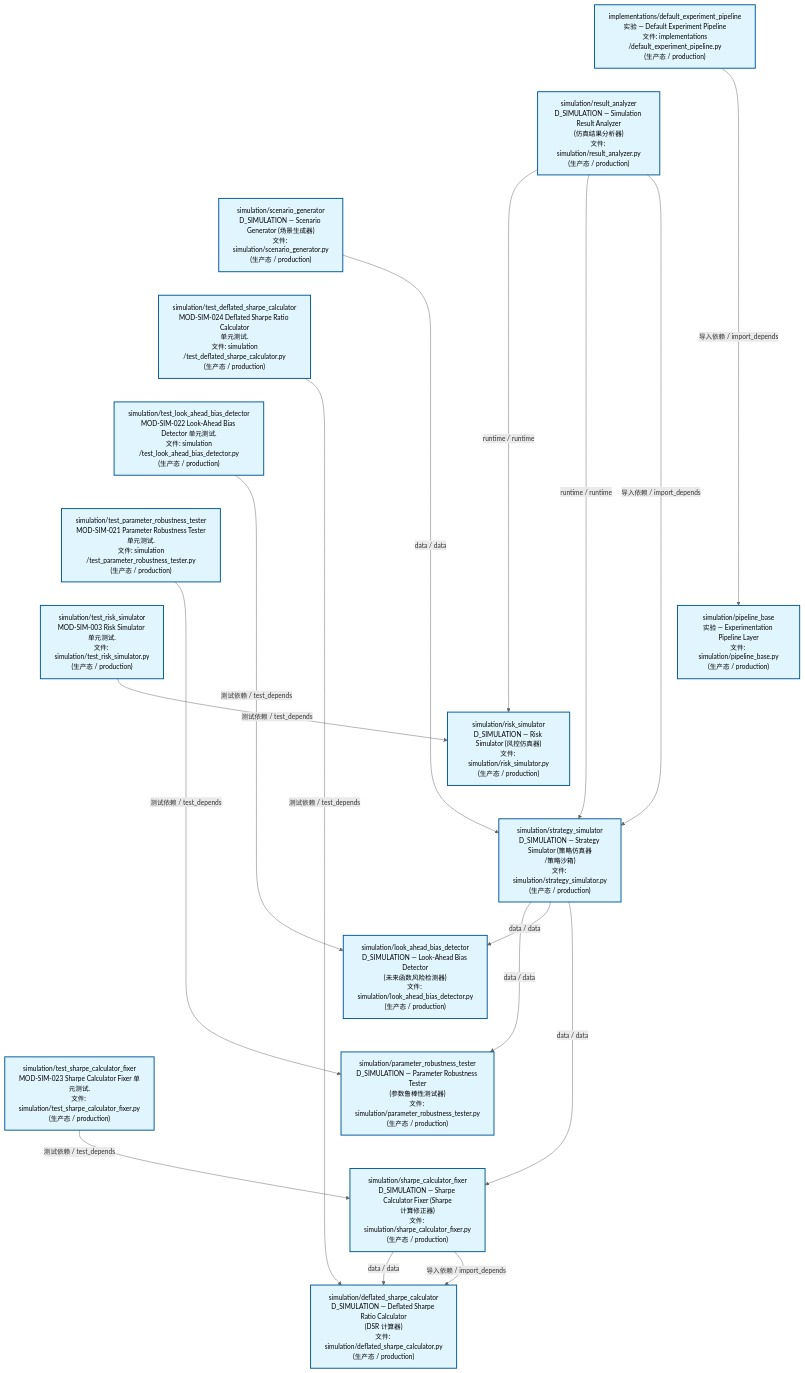
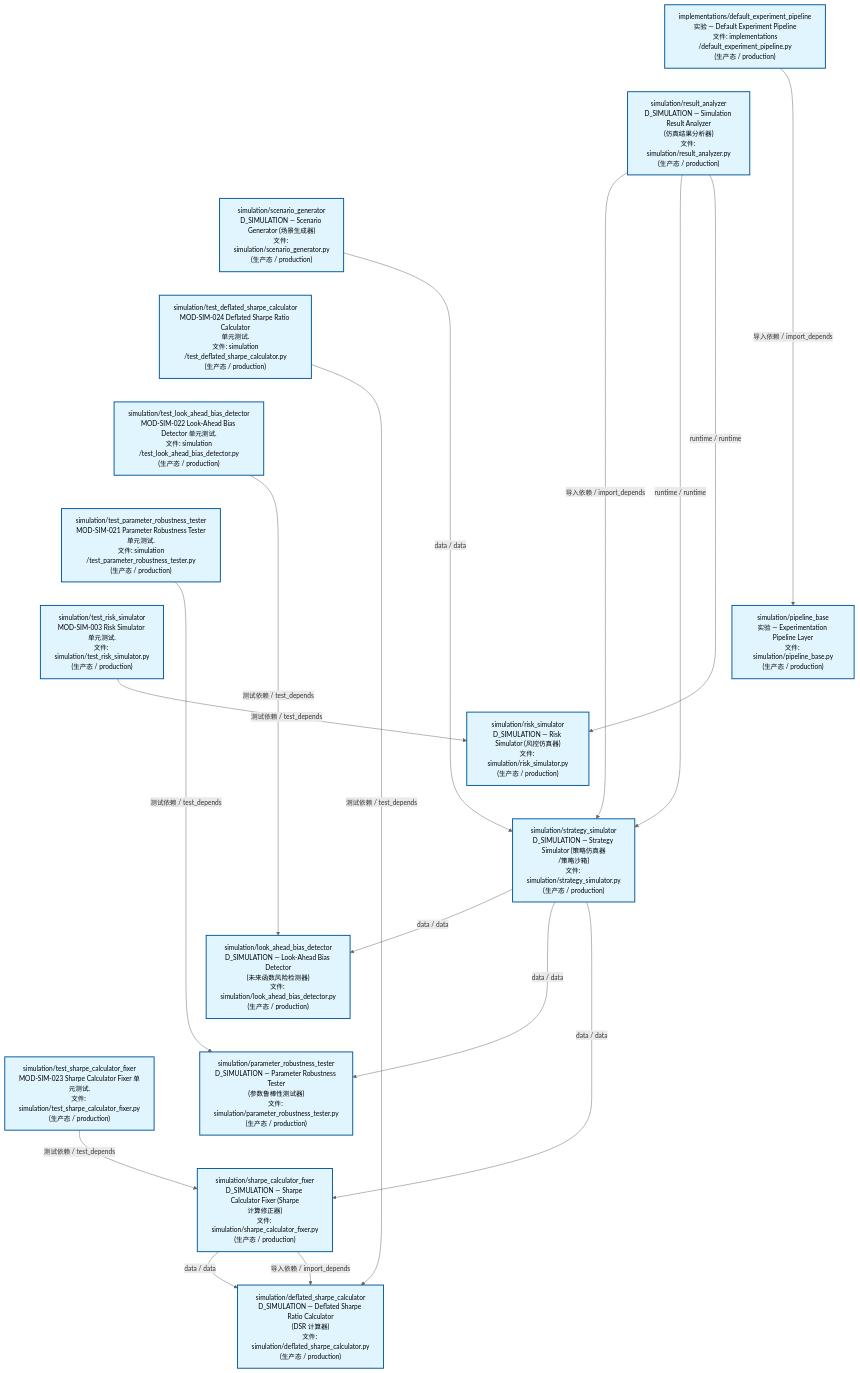
One commit to xuanFelixVan/ZephyrAlpha changed the second of 3 diagrams in docs/02_enterprise_architecture/02_domain_architecture_docs/70_d_simulation.md. Above: the diagram before and after it, drawn with Mermaid. The commit also changed other lines of this file and 50 other files, not shown here.

````diff
--- a/docs/02_enterprise_architecture/02_domain_architecture_docs/70_d_simulation.md
+++ b/docs/02_enterprise_architecture/02_domain_architecture_docs/70_d_simulation.md
@@ -123,50 +123,50 @@
 ```mermaid
 %%{init: {'theme': 'base', 'themeVariables': {'primaryColor': '#eaeaea', 'primaryTextColor': '#333333', 'primaryBorderColor': '#666666', 'lineColor': '#666666', 'secondaryColor': '#eaeaea', 'tertiaryColor': '#eaeaea', 'fontSize': '14px'}}}%%
 flowchart TD
     src_zephyr_simulation_implementations_default_experiment_pipeline_py["implementations/default_experiment_pipeline<br/>实验 — Default Experiment Pipeline<br/>文件: implementations<br/>/default_experiment_pipeline.py<br/>(生产态 / production)"]
     src_zephyr_simulation_result_analyzer_py["simulation/result_analyzer<br/>D_SIMULATION — Simulation Result Analyzer<br/>(仿真结果分析器)<br/>文件: simulation/result_analyzer.py<br/>(生产态 / production)"]
     src_zephyr_simulation_scenario_generator_py["simulation/scenario_generator<br/>D_SIMULATION — Scenario Generator (场景生成器)<br/>文件: simulation/scenario_generator.py<br/>(生产态 / production)"]
     tests_simulation_test_deflated_sharpe_calculator_py["simulation/test_deflated_sharpe_calculator<br/>MOD-SIM-024 Deflated Sharpe Ratio Calculator<br/>单元测试.<br/>文件: simulation<br/>/test_deflated_sharpe_calculator.py<br/>(生产态 / production)"]
     tests_simulation_test_look_ahead_bias_detector_py["simulation/test_look_ahead_bias_detector<br/>MOD-SIM-022 Look-Ahead Bias Detector 单元测试.<br/>文件: simulation<br/>/test_look_ahead_bias_detector.py<br/>(生产态 / production)"]
     tests_simulation_test_parameter_robustness_tester_py["simulation/test_parameter_robustness_tester<br/>MOD-SIM-021 Parameter Robustness Tester<br/>单元测试.<br/>文件: simulation<br/>/test_parameter_robustness_tester.py<br/>(生产态 / production)"]
     tests_simulation_test_risk_simulator_py["simulation/test_risk_simulator<br/>MOD-SIM-003 Risk Simulator 单元测试.<br/>文件: simulation/test_risk_simulator.py<br/>(生产态 / production)"]
     tests_simulation_test_sharpe_calculator_fixer_py["simulation/test_sharpe_calculator_fixer<br/>MOD-SIM-023 Sharpe Calculator Fixer 单元测试.<br/>文件: simulation/test_sharpe_calculator_fixer.py<br/>(生产态 / production)"]
     src_zephyr_simulation_implementations_default_experiment_pipeline_py ~~~ src_zephyr_simulation_result_analyzer_py
     src_zephyr_simulation_result_analyzer_py ~~~ src_zephyr_simulation_scenario_generator_py
     src_zephyr_simulation_scenario_generator_py ~~~ tests_simulation_test_deflated_sharpe_calculator_py
     tests_simulation_test_deflated_sharpe_calculator_py ~~~ tests_simulation_test_look_ahead_bias_detector_py
     tests_simulation_test_look_ahead_bias_detector_py ~~~ tests_simulation_test_parameter_robustness_tester_py
     tests_simulation_test_parameter_robustness_tester_py ~~~ tests_simulation_test_risk_simulator_py
     tests_simulation_test_risk_simulator_py ~~~ tests_simulation_test_sharpe_calculator_fixer_py
     src_zephyr_simulation_pipeline_base_py["simulation/pipeline_base<br/>实验 — Experimentation Pipeline Layer<br/>文件: simulation/pipeline_base.py<br/>(生产态 / production)"]
     src_zephyr_simulation_risk_simulator_py["simulation/risk_simulator<br/>D_SIMULATION — Risk Simulator (风控仿真器)<br/>文件: simulation/risk_simulator.py<br/>(生产态 / production)"]
     src_zephyr_simulation_strategy_simulator_py["simulation/strategy_simulator<br/>D_SIMULATION — Strategy Simulator (策略仿真器<br/>/策略沙箱)<br/>文件: simulation/strategy_simulator.py<br/>(生产态 / production)"]
     src_zephyr_simulation_pipeline_base_py ~~~ src_zephyr_simulation_risk_simulator_py
     src_zephyr_simulation_risk_simulator_py ~~~ src_zephyr_simulation_strategy_simulator_py
     src_zephyr_simulation_look_ahead_bias_detector_py["simulation/look_ahead_bias_detector<br/>D_SIMULATION — Look-Ahead Bias Detector<br/>(未来函数风险检测器)<br/>文件: simulation/look_ahead_bias_detector.py<br/>(生产态 / production)"]
     src_zephyr_simulation_parameter_robustness_tester_py["simulation/parameter_robustness_tester<br/>D_SIMULATION — Parameter Robustness Tester<br/>(参数鲁棒性测试器)<br/>文件: simulation/parameter_robustness_tester.py<br/>(生产态 / production)"]
     src_zephyr_simulation_sharpe_calculator_fixer_py["simulation/sharpe_calculator_fixer<br/>D_SIMULATION — Sharpe Calculator Fixer (Sharpe<br/>计算修正器)<br/>文件: simulation/sharpe_calculator_fixer.py<br/>(生产态 / production)"]
     src_zephyr_simulation_look_ahead_bias_detector_py ~~~ src_zephyr_simulation_parameter_robustness_tester_py
     src_zephyr_simulation_parameter_robustness_tester_py ~~~ src_zephyr_simulation_sharpe_calculator_fixer_py
     src_zephyr_simulation_deflated_sharpe_calculator_py["simulation/deflated_sharpe_calculator<br/>D_SIMULATION — Deflated Sharpe Ratio Calculator<br/>(DSR 计算器)<br/>文件: simulation/deflated_sharpe_calculator.py<br/>(生产态 / production)"]
+    src_zephyr_simulation_result_analyzer_py -->|导入依赖 / import_depends| src_zephyr_simulation_strategy_simulator_py
+    src_zephyr_simulation_result_analyzer_py -->|runtime / runtime| src_zephyr_simulation_strategy_simulator_py
     src_zephyr_simulation_result_analyzer_py -->|runtime / runtime| src_zephyr_simulation_risk_simulator_py
-    src_zephyr_simulation_result_analyzer_py -->|runtime / runtime| src_zephyr_simulation_strategy_simulator_py
-    src_zephyr_simulation_result_analyzer_py -->|导入依赖 / import_depends| src_zephyr_simulation_strategy_simulator_py
+    src_zephyr_simulation_strategy_simulator_py -->|data / data| src_zephyr_simulation_look_ahead_bias_detector_py
+    src_zephyr_simulation_strategy_simulator_py -->|data / data| src_zephyr_simulation_parameter_robustness_tester_py
+    src_zephyr_simulation_strategy_simulator_py -->|data / data| src_zephyr_simulation_sharpe_calculator_fixer_py
     src_zephyr_simulation_scenario_generator_py -->|data / data| src_zephyr_simulation_strategy_simulator_py
-    src_zephyr_simulation_strategy_simulator_py -->|data / data| src_zephyr_simulation_parameter_robustness_tester_py
-    src_zephyr_simulation_strategy_simulator_py -->|data / data| src_zephyr_simulation_look_ahead_bias_detector_py
-    src_zephyr_simulation_strategy_simulator_py -->|data / data| src_zephyr_simulation_sharpe_calculator_fixer_py
     src_zephyr_simulation_sharpe_calculator_fixer_py -->|data / data| src_zephyr_simulation_deflated_sharpe_calculator_py
     src_zephyr_simulation_sharpe_calculator_fixer_py -->|导入依赖 / import_depends| src_zephyr_simulation_deflated_sharpe_calculator_py
     src_zephyr_simulation_implementations_default_experiment_pipeline_py -->|导入依赖 / import_depends| src_zephyr_simulation_pipeline_base_py
-    tests_simulation_test_sharpe_calculator_fixer_py -->|测试依赖 / test_depends| src_zephyr_simulation_sharpe_calculator_fixer_py
+    tests_simulation_test_parameter_robustness_tester_py -->|测试依赖 / test_depends| src_zephyr_simulation_parameter_robustness_tester_py
     tests_simulation_test_deflated_sharpe_calculator_py -->|测试依赖 / test_depends| src_zephyr_simulation_deflated_sharpe_calculator_py
     tests_simulation_test_look_ahead_bias_detector_py -->|测试依赖 / test_depends| src_zephyr_simulation_look_ahead_bias_detector_py
+    tests_simulation_test_sharpe_calculator_fixer_py -->|测试依赖 / test_depends| src_zephyr_simulation_sharpe_calculator_fixer_py
     tests_simulation_test_risk_simulator_py -->|测试依赖 / test_depends| src_zephyr_simulation_risk_simulator_py
-    tests_simulation_test_parameter_robustness_tester_py -->|测试依赖 / test_depends| src_zephyr_simulation_parameter_robustness_tester_py
     classDef production fill:#e1f5fe,stroke:#01579b,stroke-width:2px,color:#000
     classDef design fill:#fff3e0,stroke:#e65100,stroke-width:2px,color:#000,stroke-dasharray: 5 5
     classDef external_prod fill:#e8f4fd,stroke:#0277bd,stroke-width:1px,color:#000
     classDef external_design fill:#fff8e7,stroke:#ef6c00,stroke-width:1px,color:#000,stroke-dasharray: 5 5
     class src_zephyr_simulation_deflated_sharpe_calculator_py,src_zephyr_simulation_implementations_default_experiment_pipeline_py,src_zephyr_simulation_look_ahead_bias_detector_py,src_zephyr_simulation_parameter_robustness_tester_py,src_zephyr_simulation_pipeline_base_py,src_zephyr_simulation_result_analyzer_py,src_zephyr_simulation_risk_simulator_py,src_zephyr_simulation_scenario_generator_py,src_zephyr_simulation_sharpe_calculator_fixer_py,src_zephyr_simulation_strategy_simulator_py,tests_simulation_test_deflated_sharpe_calculator_py,tests_simulation_test_look_ahead_bias_detector_py,tests_simulation_test_parameter_robustness_tester_py,tests_simulation_test_risk_simulator_py,tests_simulation_test_sharpe_calculator_fixer_py production
 ```
````
